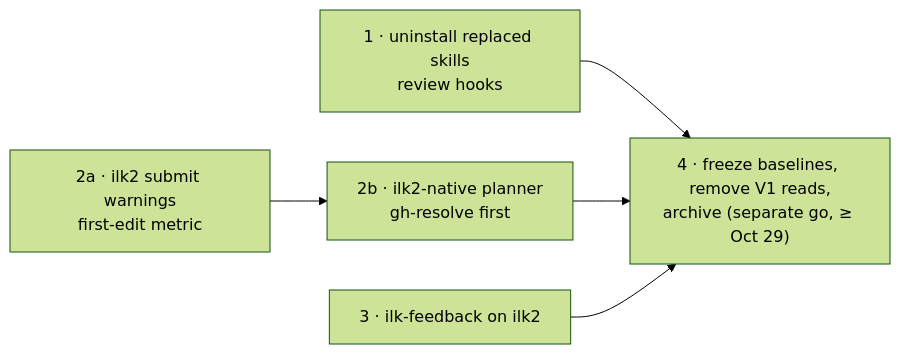
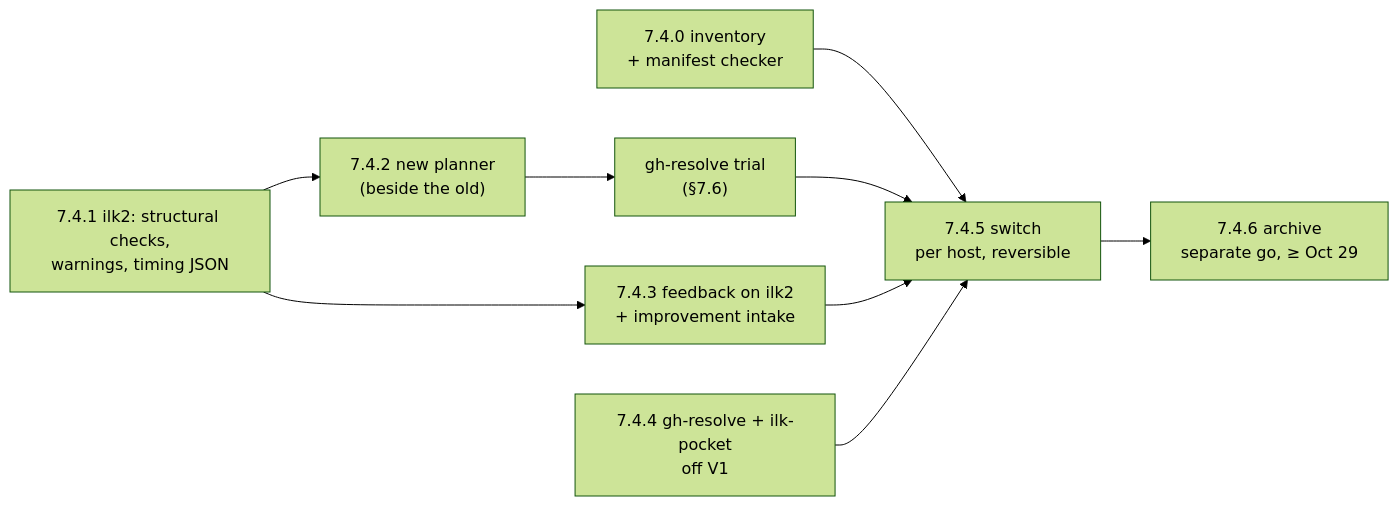
One commit to inluck-net/ilk2 changed the diagram in docs/07-retiring-v1.md. Above: the diagram before and after it, drawn with Mermaid (forest theme). The commit also changed other lines of this file and 2 other files, not shown here.

First line of the commit message:
docs/07 revision 2 after the Codex review (15 findings, 5 blockers, all accepted after checking)

````diff
--- a/docs/07-retiring-v1.md
+++ b/docs/07-retiring-v1.md
@@ -137,7 +213,11 @@
 ```mermaid
 flowchart LR
-  S1["1 · uninstall replaced skills<br/>review hooks"] --> S4
-  S2a["2a · ilk2 submit warnings<br/>first-edit metric"] --> S2b["2b · ilk2-native planner<br/>gh-resolve first"]
-  S2b --> S4["4 · freeze baselines, remove V1 reads,<br/>archive (separate go, ≥ Oct 29)"]
-  S3["3 · ilk-feedback on ilk2"] --> S4
+  S0["7.4.0 inventory<br/>+ manifest checker"] --> SW
+  S1["7.4.1 ilk2: structural checks,<br/>warnings, timing JSON"] --> S2["7.4.2 new planner<br/>(beside the old)"]
+  S1 --> S3["7.4.3 feedback on ilk2<br/>+ improvement intake"]
+  S2 --> T["gh-resolve trial<br/>(§7.6)"]
+  T --> SW["7.4.5 switch<br/>per host, reversible"]
+  S3 --> SW
+  S4["7.4.4 gh-resolve + ilk-pocket<br/>off V1"] --> SW
+  SW --> AR["7.4.6 archive<br/>separate go, ≥ Oct 29"]
 ```
````
